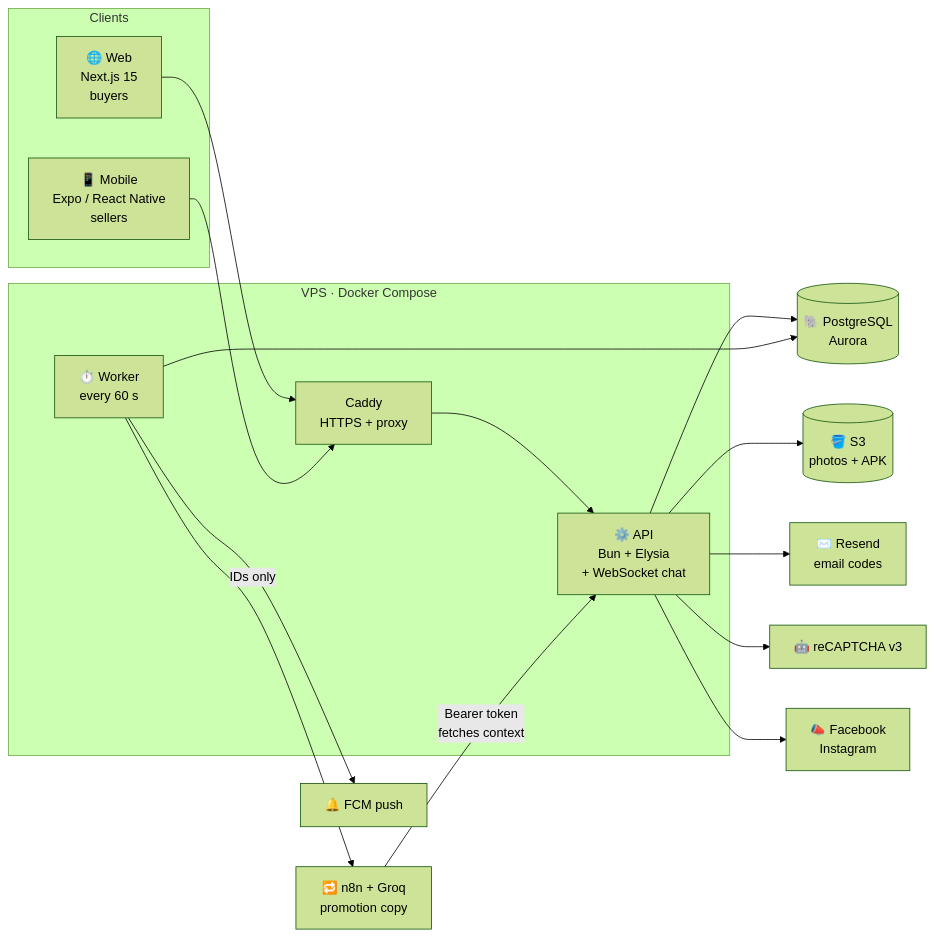
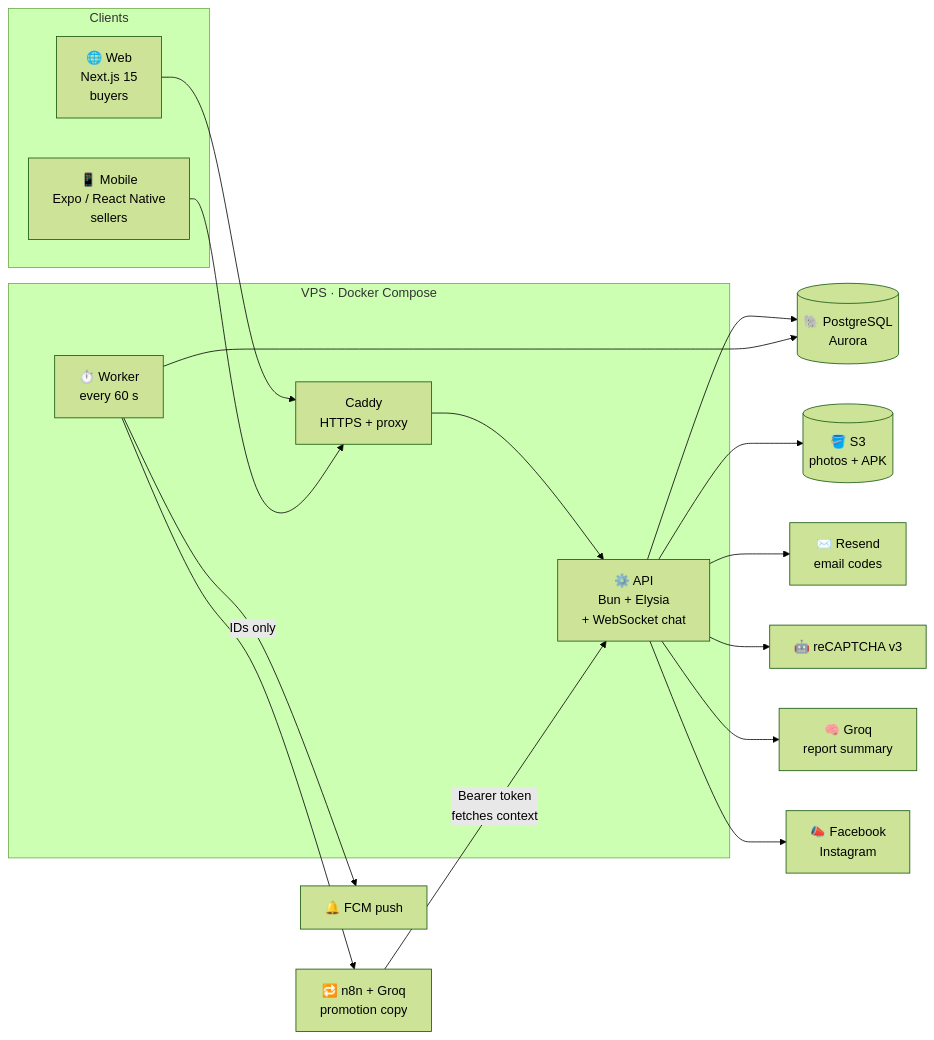
Before and after one commit to jjoaquin-dev/Agrivive: the diagram in README.md, drawn with Mermaid (forest theme). The commit also changed other lines of this file and 1 other file, not shown here.

````diff
--- a/README.md
+++ b/README.md
@@ -68,34 +72,36 @@
 ```mermaid
 flowchart LR
     subgraph Clients
         W["🌐 Web<br/>Next.js 15<br/>buyers"]
         M["📱 Mobile<br/>Expo / React Native<br/>sellers"]
     end
 
     subgraph VPS["VPS · Docker Compose"]
         C["Caddy<br/>HTTPS + proxy"]
         A["⚙️ API<br/>Bun + Elysia<br/>+ WebSocket chat"]
         K["⏱️ Worker<br/>every 60 s"]
     end
 
     DB[("🐘 PostgreSQL<br/>Aurora")]
     S3[("🪣 S3<br/>photos + APK")]
     N["🔁 n8n + Groq<br/>promotion copy"]
     FB["📣 Facebook<br/>Instagram"]
     P["🔔 FCM push"]
     E["✉️ Resend<br/>email codes"]
     G["🤖 reCAPTCHA v3"]
+    Q["🧠 Groq<br/>report summary"]
 
     W --> C
     M --> C
     C --> A
     A --> DB
     K --> DB
     A --> S3
     A --> E
     A --> G
+    A --> Q
     K -->|"IDs only"| N
     N -->|"Bearer token<br/>fetches context"| A
     A --> FB
     K --> P
 ```
````
